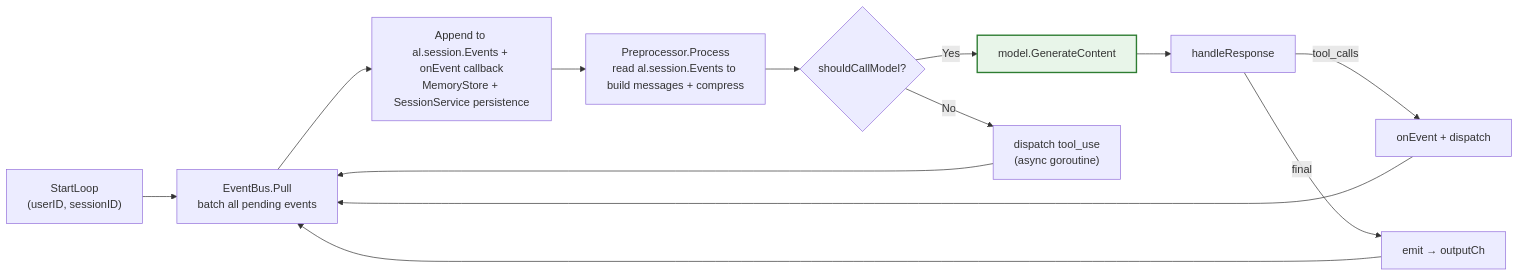
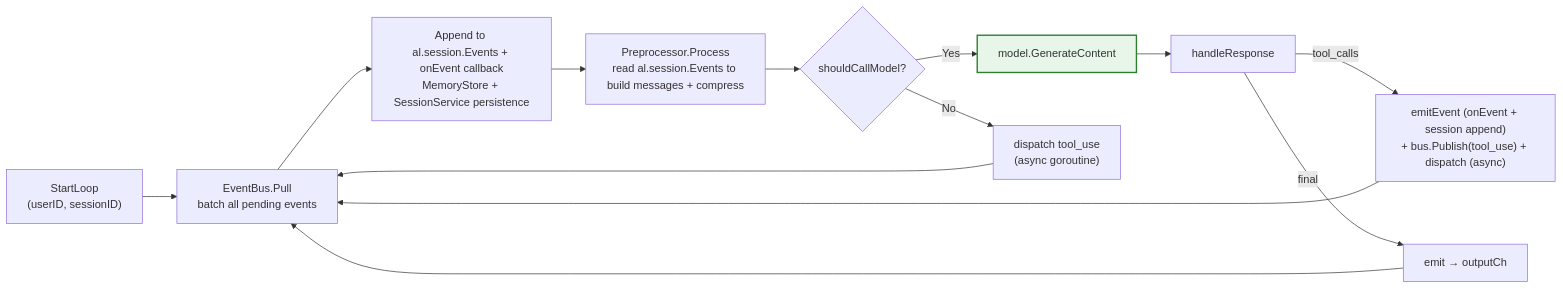
One commit to SpellingDragon/tagent changed the fourth of 8 diagrams in README_EN.md. Above: the diagram before and after it, drawn with Mermaid. The commit also changed 2 other files, not shown here.

Commit message:
docs: sync wiki and README with activeBus refactor and tool execution flow
Cross-validated code against docs, found and fixed these discrepancies:

1. wiki §5.1: field 'bus' → 'activeBus' + 'persistentBus', removed
   'loopActive: InjectMessage 据此判断' (no longer true)
2. wiki §7.3.3: InjectMessage code example updated to show activeBus
   pattern instead of old loopActive check + ta.bus.Publish
3. wiki §7.3.2: sequence diagram fixed duplicate 'onEvent' line and
   duplicate '(含 StateDelta)' text
4. wiki §12.4: corrected 'onEvent 之前追加' → 'onEvent 之后追加'
   (code calls onEvent first to fill StateDelta, then appends)
5. README: tool_calls path in flow chart updated from 'onEvent + dispatch'
   to 'emitEvent (onEvent + session append) + bus.Publish + dispatch'
6. README: async event note updated to mention activeBus routing in
   both StartLoop and Run() modes
7. README_EN: same tool_calls path fix

````diff
--- a/README_EN.md
+++ b/README_EN.md
@@ -237,17 +237,17 @@
 ```mermaid
 graph LR
     START["StartLoop<br/>(userID, sessionID)"] --> PULL["EventBus.Pull<br/>batch all pending events"]
     PULL --> ONEVT["Append to al.session.Events + onEvent callback<br/>MemoryStore + SessionService persistence"]
     ONEVT --> PROC["Preprocessor.Process<br/>read al.session.Events to build messages + compress"]
     PROC --> MODEL{"shouldCallModel?"}
     MODEL -->|"Yes"| CALL["model.GenerateContent"]
     MODEL -->|"No"| DISPATCH["dispatch tool_use<br/>(async goroutine)"]
     CALL --> RESP["handleResponse"]
-    RESP -->|"tool_calls"| ONEVT2["onEvent + dispatch"]
+    RESP -->|"tool_calls"| ONEVT2["emitEvent (onEvent + session append)<br/>+ bus.Publish(tool_use) + dispatch (async)"]
     RESP -->|"final"| EMIT["emit → outputCh"]
     ONEVT2 --> PULL
     EMIT --> PULL
     DISPATCH --> PULL
 
     style CALL fill:#e8f5e9,stroke:#2e7d32,stroke-width:2px
 ```
````
